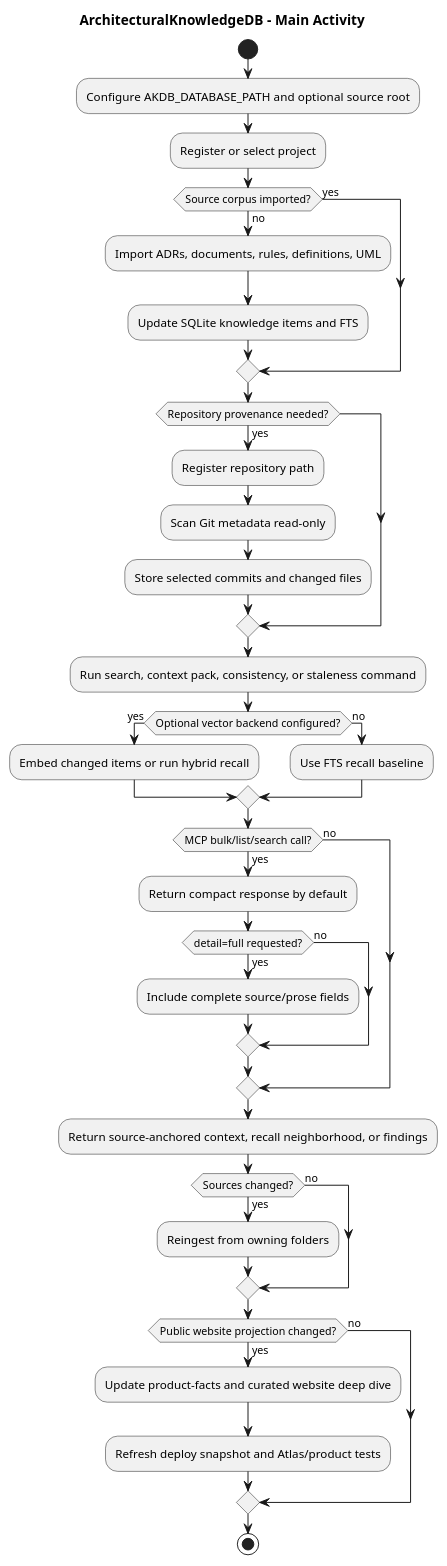
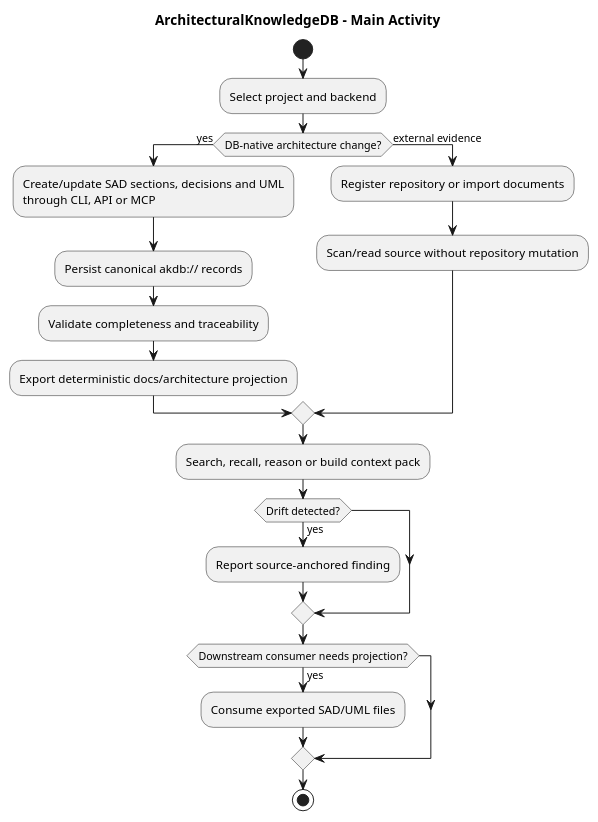
Before and after one commit to Held0fTheWelt/ArchitecturalKnowledgeDB: the diagram in docs/architecture/UML/flow/architectural-knowledge-db-main-activity.puml, drawn with PlantUML. The commit also changed 59 other files, not shown here.

Commit message:
feat: add DB-native SAD and UML authoring

```diff
--- a/docs/architecture/UML/flow/architectural-knowledge-db-main-activity.puml
+++ b/docs/architecture/UML/flow/architectural-knowledge-db-main-activity.puml
@@ -1,52 +1,23 @@
-@startuml architecturalknowledgedb-main-activity
+@startuml akdb-main-activity
 title ArchitecturalKnowledgeDB - Main Activity
-
 start
-:Configure AKDB_DATABASE_PATH and optional source root;
-:Register or select project;
-
-if (Source corpus imported?) then (no)
-  :Import ADRs, documents, rules, definitions, UML;
-  :Update SQLite knowledge items and FTS;
-else (yes)
+:Select project and backend;
+if (DB-native architecture change?) then (yes)
+  :Create/update SAD sections, decisions and UML
+through CLI, API or MCP;
+  :Persist canonical akdb:// records;
+  :Validate completeness and traceability;
+  :Export deterministic docs/architecture projection;
+else (external evidence)
+  :Register repository or import documents;
+  :Scan/read source without repository mutation;
 endif
-
-if (Repository provenance needed?) then (yes)
-  :Register repository path;
-  :Scan Git metadata read-only;
-  :Store selected commits and changed files;
+:Search, recall, reason or build context pack;
+if (Drift detected?) then (yes)
+  :Report source-anchored finding;
 endif
-
-:Run search, context pack, consistency, or staleness command;
-
-if (Optional vector backend configured?) then (yes)
-  :Embed changed items or run hybrid recall;
-else (no)
-  :Use FTS recall baseline;
+if (Downstream consumer needs projection?) then (yes)
+  :Consume exported SAD/UML files;
 endif
-
-if (MCP bulk/list/search call?) then (yes)
-  :Return compact response by default;
-  if (detail=full requested?) then (yes)
-    :Include complete source/prose fields;
-  else (no)
-  endif
-else (no)
-endif
-
-:Return source-anchored context, recall neighborhood, or findings;
-
-if (Sources changed?) then (yes)
-  :Reingest from owning folders;
-else (no)
-endif
-
-if (Public website projection changed?) then (yes)
-  :Update product-facts and curated website deep dive;
-  :Refresh deploy snapshot and Atlas/product tests;
-else (no)
-endif
-
 stop
-
 @enduml
```
